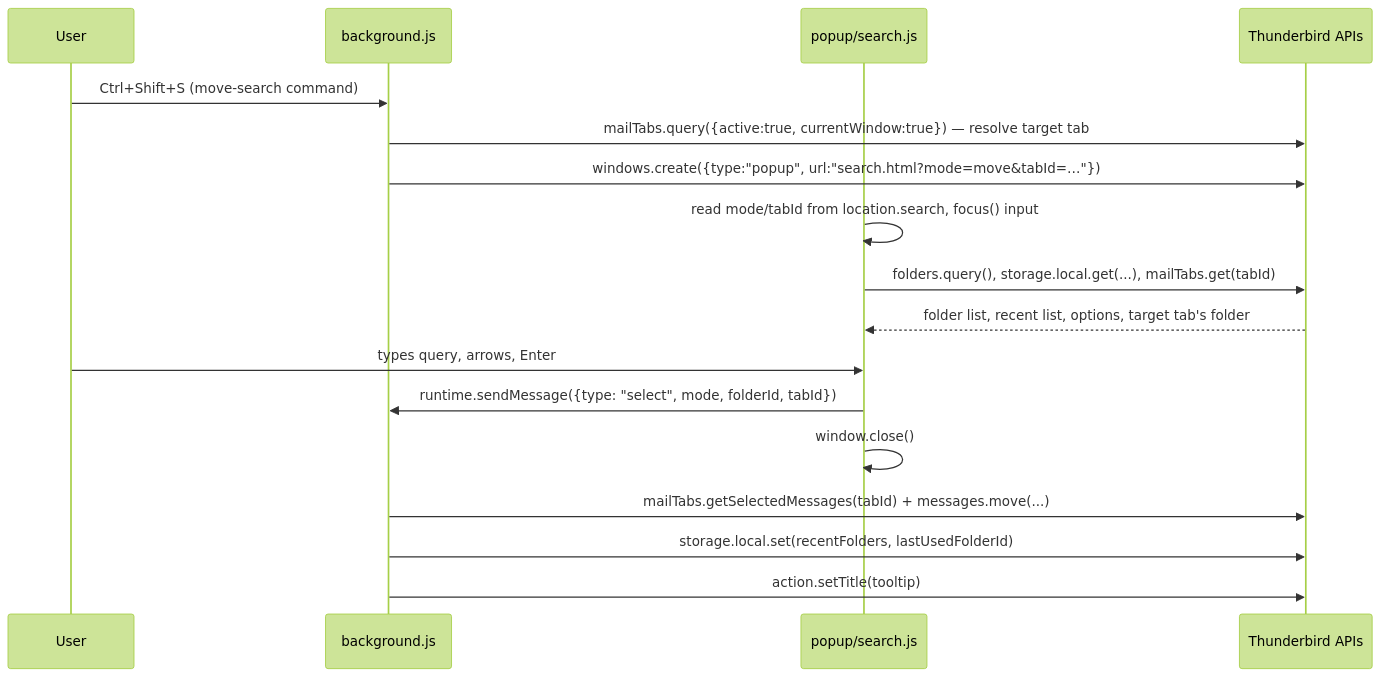
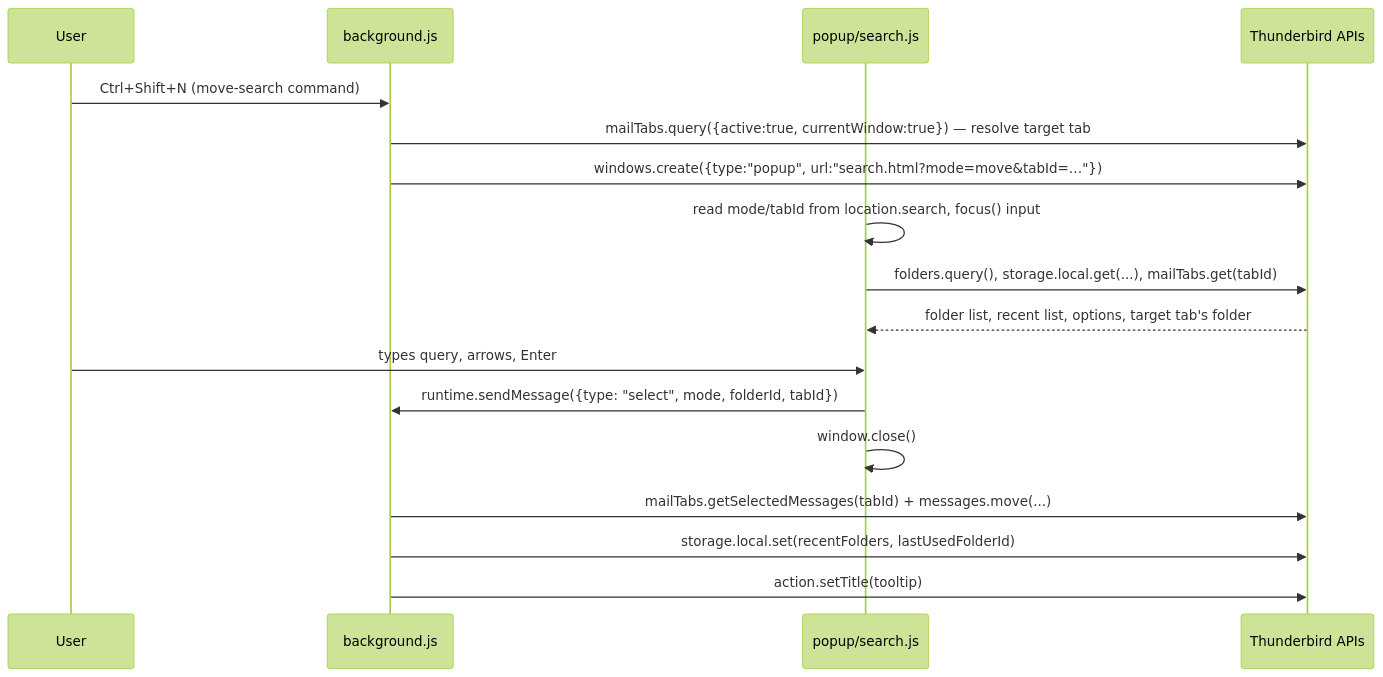
The diagram in ARCHITECTURE.md (BenjaminKobjolke/move-and-jump), drawn with Mermaid (forest theme) before and after one commit. The commit also changed other lines of this file and 6 other files, not shown here.

First line of the commit message:
Change default shortcuts to Ctrl+Shift+N/H, add diagnostic logging (0.1.5)

````diff
--- a/ARCHITECTURE.md
+++ b/ARCHITECTURE.md
@@ -136,20 +143,20 @@
 ```mermaid
 sequenceDiagram
     participant User
     participant BG as background.js
     participant Popup as popup/search.js
     participant TB as Thunderbird APIs
 
-    User->>BG: Ctrl+Shift+S (move-search command)
+    User->>BG: Ctrl+Shift+N (move-search command)
     BG->>TB: mailTabs.query({active:true, currentWindow:true}) — resolve target tab
     BG->>TB: windows.create({type:"popup", url:"search.html?mode=move&tabId=…"})
     Popup->>Popup: read mode/tabId from location.search, focus() input
     Popup->>TB: folders.query(), storage.local.get(...), mailTabs.get(tabId)
     TB-->>Popup: folder list, recent list, options, target tab's folder
     User->>Popup: types query, arrows, Enter
     Popup->>BG: runtime.sendMessage({type: "select", mode, folderId, tabId})
     Popup->>Popup: window.close()
     BG->>TB: mailTabs.getSelectedMessages(tabId) + messages.move(...)
     BG->>TB: storage.local.set(recentFolders, lastUsedFolderId)
     BG->>TB: action.setTitle(tooltip)
 ```
````
